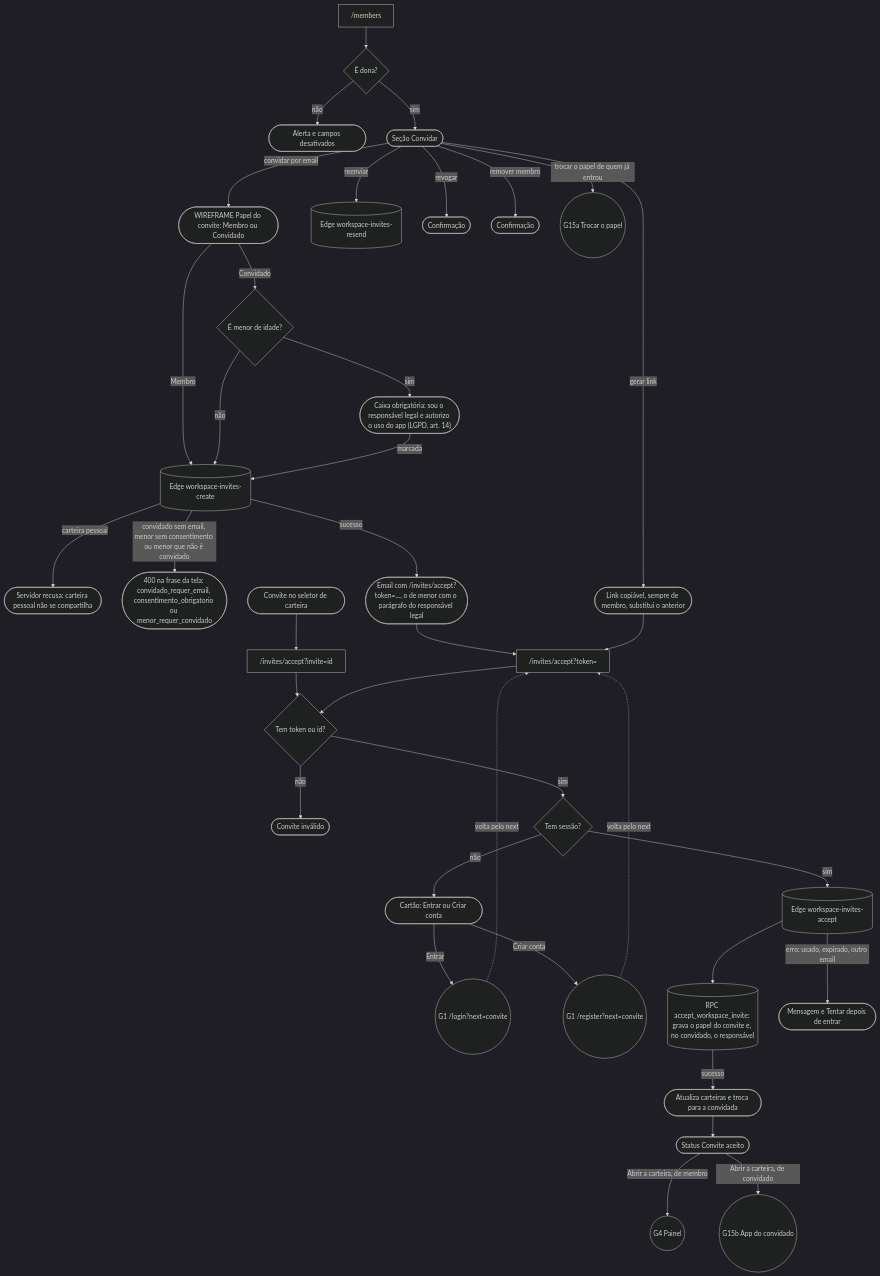
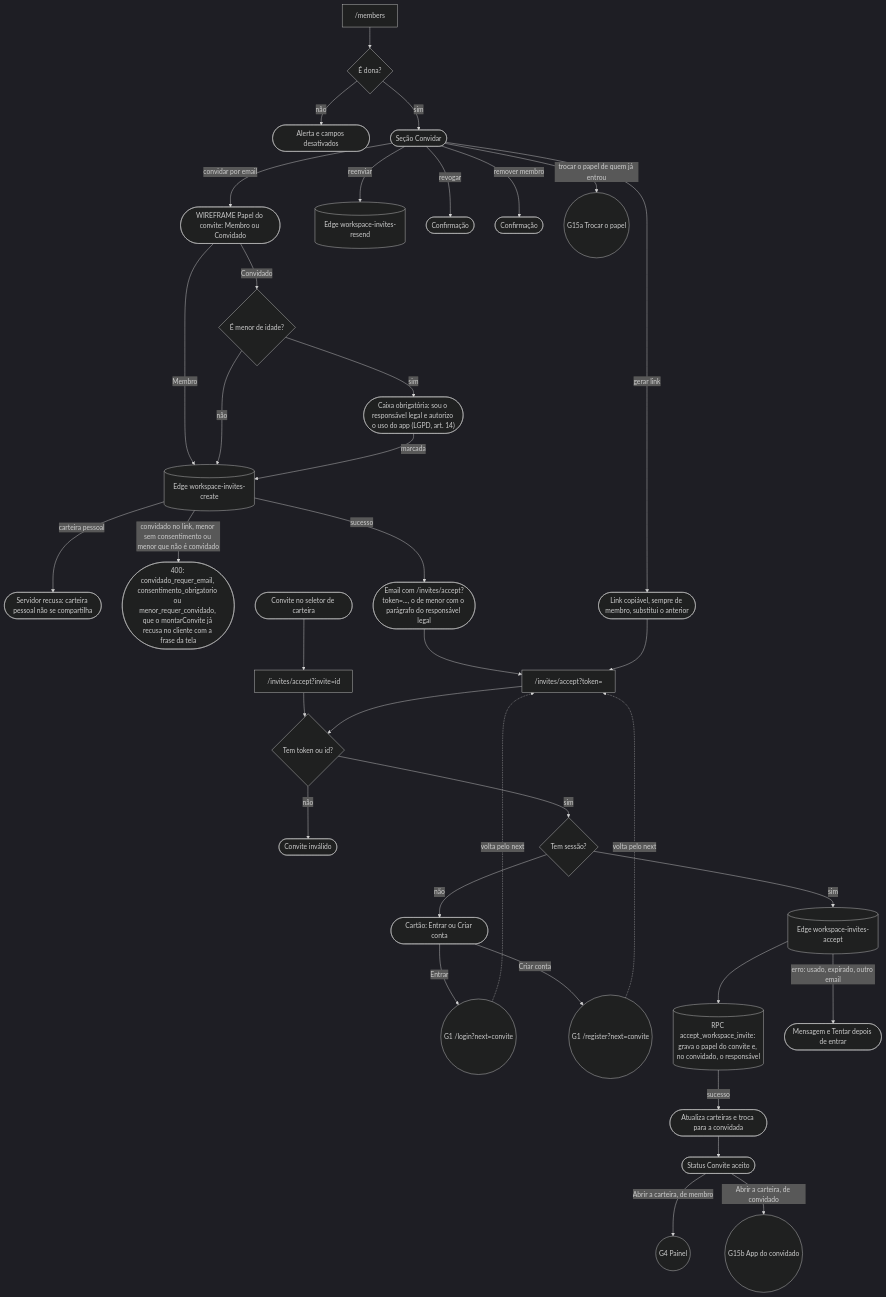
One commit to kauax2000/finance_app changed the fifth of 22 diagrams in docs/JORNADAS.md. Above: the diagram before and after it, drawn with Mermaid. The commit also changed other lines of this file and 4 other files, not shown here.

````diff
--- a/docs/JORNADAS.md
+++ b/docs/JORNADAS.md
@@ -305,41 +305,41 @@
 ```mermaid
 %%{init: {"theme": "dark"}}%%
 flowchart TD
     members["/members"] --> isOwner{"É dona?"}
     isOwner -->|"não"| readonly(["Alerta e campos desativados"])
     isOwner -->|"sim"| actions(["Seção Convidar"])
     actions -->|"convidar por email"| papel(["WIREFRAME Papel do convite: Membro ou Convidado"])
     papel -->|"Membro"| create[("Edge workspace-invites-create")]
     papel -->|"Convidado"| menorQ{"É menor de idade?"}
     menorQ -->|"não"| create
     menorQ -->|"sim"| consent(["Caixa obrigatória: sou o responsável legal e autorizo o uso do app (LGPD, art. 14)"])
     consent -->|"marcada"| create
     create -->|"carteira pessoal"| rejected(["Servidor recusa: carteira pessoal não se compartilha"])
-    create -->|"convidado sem email, menor sem consentimento ou menor que não é convidado"| recusa(["400 na frase da tela: convidado_requer_email, consentimento_obrigatorio ou menor_requer_convidado"])
+    create -->|"convidado no link, menor sem consentimento ou menor que não é convidado"| recusa(["400: convidado_requer_email, consentimento_obrigatorio ou menor_requer_convidado, que o montarConvite já recusa no cliente com a frase da tela"])
     create -->|"sucesso"| mail(["Email com /invites/accept?token=..., o de menor com o parágrafo do responsável legal"])
     actions -->|"gerar link"| link(["Link copiável, sempre de membro, substitui o anterior"])
     actions -->|"reenviar"| resend[("Edge workspace-invites-resend")]
     actions -->|"revogar"| revoke(["Confirmação"])
     actions -->|"remover membro"| remove(["Confirmação"])
     actions -->|"trocar o papel de quem já entrou"| G15a(("G15a Trocar o papel"))
 
     mail --> acceptPage["/invites/accept?token="]
     link --> acceptPage
     picker(["Convite no seletor de carteira"]) --> acceptById["/invites/accept?invite=id"]
     acceptById --> hasToken
     acceptPage --> hasToken{"Tem token ou id?"}
     hasToken -->|"não"| invalid(["Convite inválido"])
     hasToken -->|"sim"| logged{"Tem sessão?"}
     logged -->|"não"| gate(["Cartão: Entrar ou Criar conta"])
     gate -->|"Entrar"| login(("G1 /login?next=convite"))
     gate -->|"Criar conta"| register(("G1 /register?next=convite"))
     login -.->|"volta pelo next"| acceptPage
     register -.->|"volta pelo next"| acceptPage
     logged -->|"sim"| acceptFn[("Edge workspace-invites-accept")]
     acceptFn --> grava[("RPC accept_workspace_invite: grava o papel do convite e, no convidado, o responsável")]
     acceptFn -->|"erro: usado, expirado, outro email"| fail(["Mensagem e Tentar depois de entrar"])
     grava -->|"sucesso"| switched(["Atualiza carteiras e troca para a convidada"])
     switched --> accepted(["Status Convite aceito"])
     accepted -->|"Abrir a carteira, de membro"| dash(("G4 Painel"))
     accepted -->|"Abrir a carteira, de convidado"| guest(("G15b App do convidado"))
 ```
````
